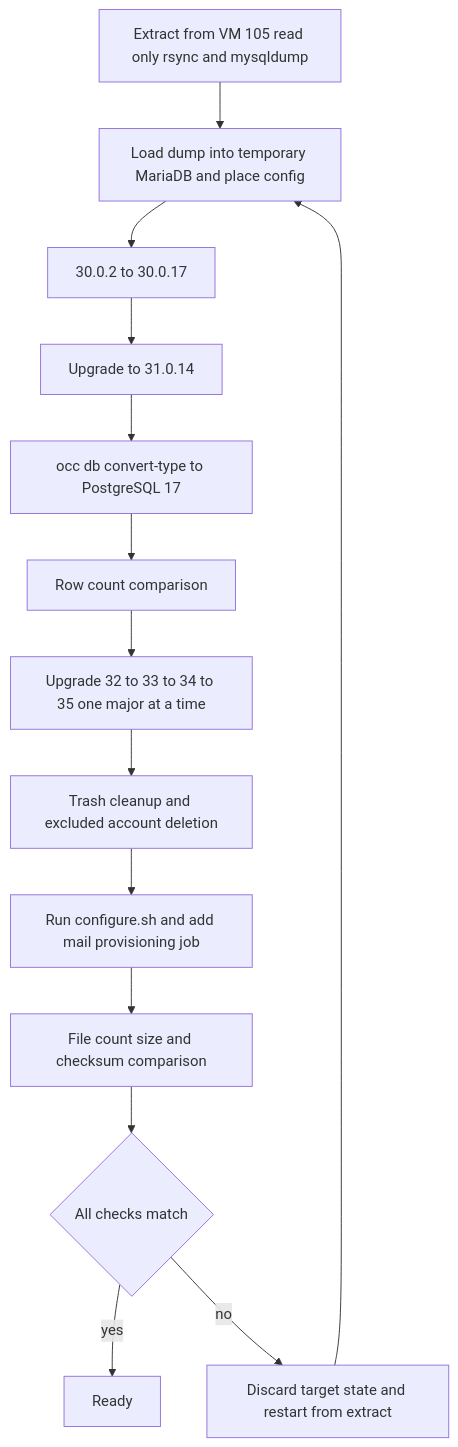
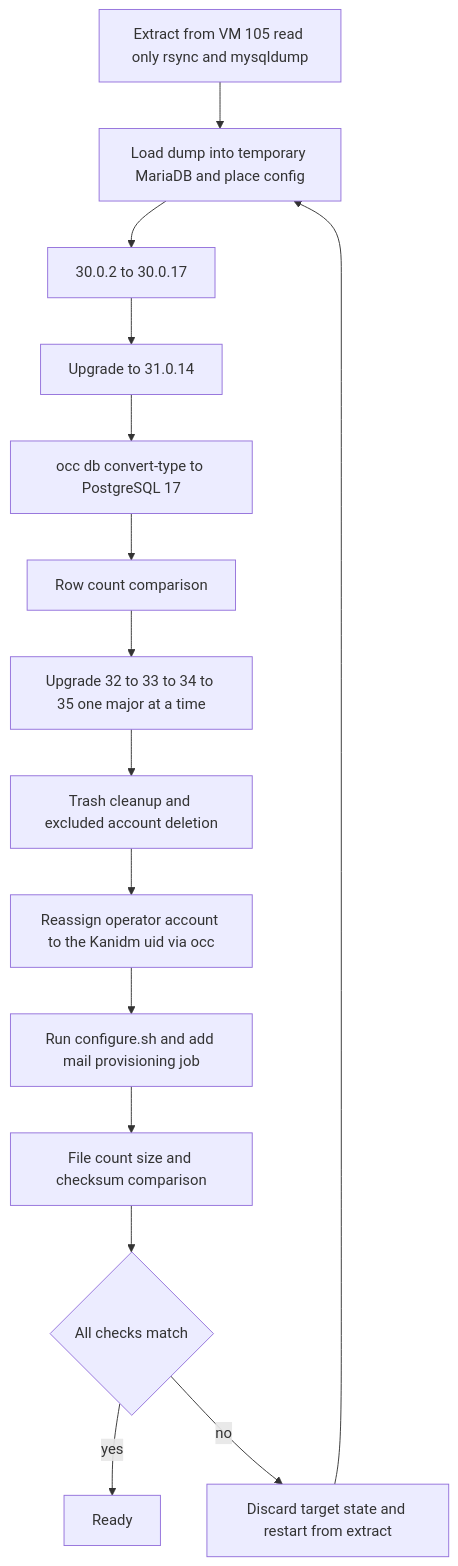
One commit to tom1022/my-home-network changed the third of 5 diagrams in .kiro/specs/nextcloud-k3s-migration/design.md. Above: the diagram before and after it, drawn with Mermaid. The commit also changed other lines of this file and 2 other files, not shown here.

Commit message:
docs(spec): 運用者のアカウントを Kanidm の名前の uid へ付け替える段を設計に足す

````diff
--- a/.kiro/specs/nextcloud-k3s-migration/design.md
+++ b/.kiro/specs/nextcloud-k3s-migration/design.md
@@ -262,20 +263,21 @@
 ```mermaid
 flowchart TB
     Extract[Extract from VM 105 read only rsync and mysqldump]
     Stage[Load dump into temporary MariaDB and place config]
     Point[30.0.2 to 30.0.17]
     Up31[Upgrade to 31.0.14]
     Convert[occ db convert-type to PostgreSQL 17]
     Count[Row count comparison]
     Up35[Upgrade 32 to 33 to 34 to 35 one major at a time]
     Clean[Trash cleanup and excluded account deletion]
+    Reassign[Reassign operator account to the Kanidm uid via occ]
     Configure[Run configure.sh and add mail provisioning job]
     Verify[File count size and checksum comparison]
     Gate{All checks match}
     Retry[Discard target state and restart from extract]
     Done[Ready]
-    Extract --> Stage --> Point --> Up31 --> Convert --> Count --> Up35 --> Clean --> Configure --> Verify --> Gate
+    Extract --> Stage --> Point --> Up31 --> Convert --> Count --> Up35 --> Clean --> Reassign --> Configure --> Verify --> Gate
     Gate -->|yes| Done
     Gate -->|no| Retry
     Retry --> Stage
 ```
````
